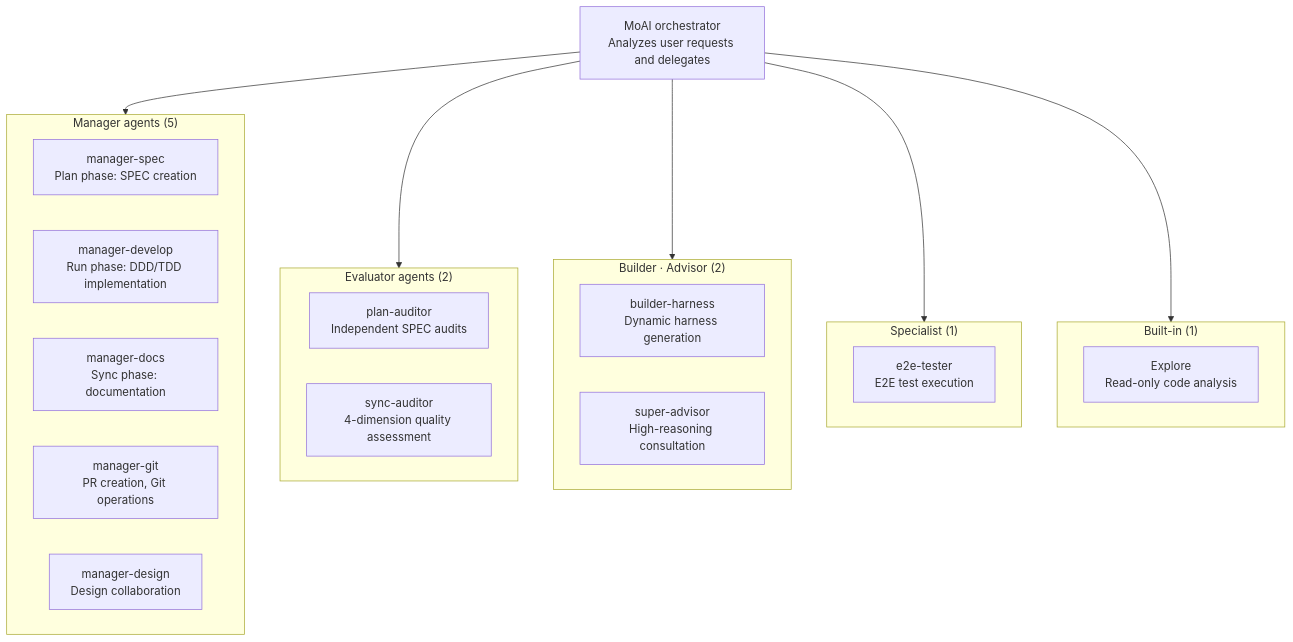
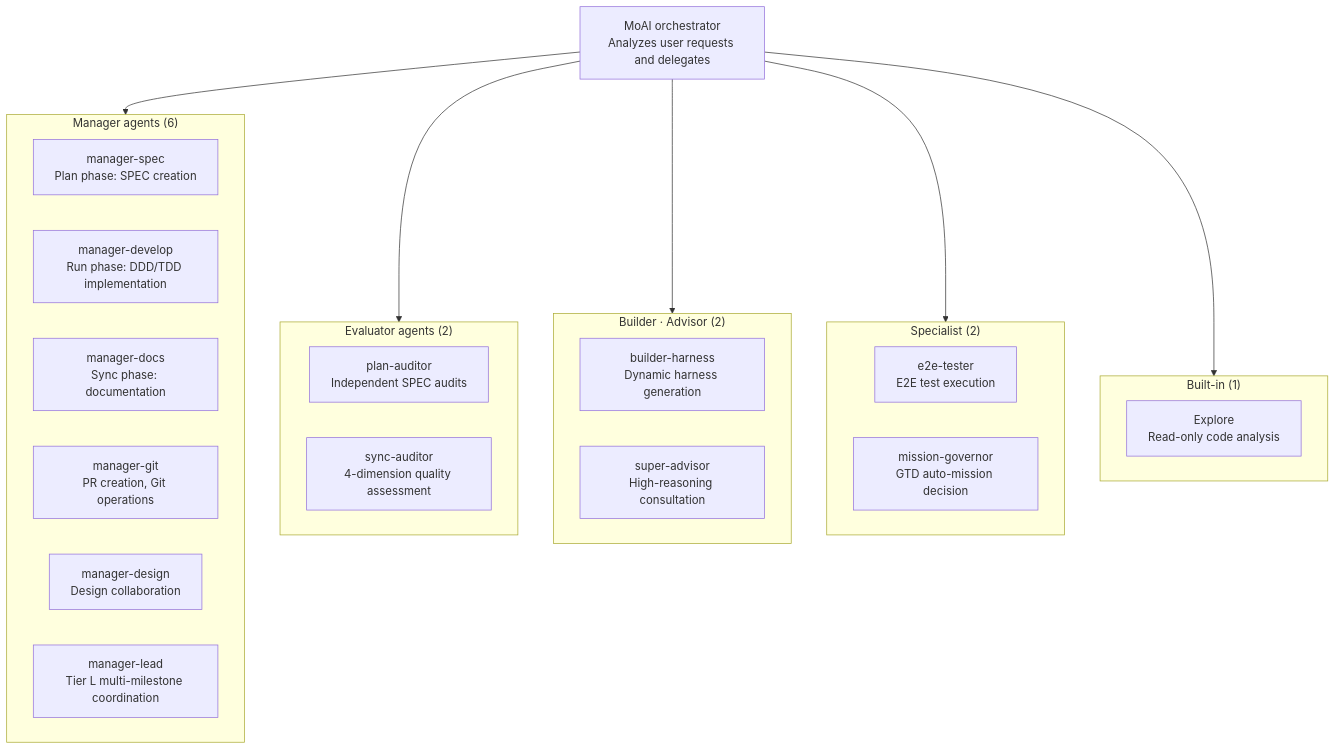
One commit to modu-ai/moai-adk changed the second of 4 diagrams in docs-site/content/en/core-concepts/what-is-moai-adk.md. Above: the diagram before and after it, drawn with Mermaid. The commit also changed other lines of this file and 75 other files, not shown here.

````diff
--- a/docs-site/content/en/core-concepts/what-is-moai-adk.md
+++ b/docs-site/content/en/core-concepts/what-is-moai-adk.md
@@ -263,36 +265,38 @@
 ```mermaid
 flowchart TD
     MoAI["MoAI orchestrator\nAnalyzes user requests and delegates"]
 
-    subgraph Managers["Manager agents (5)"]
+    subgraph Managers["Manager agents (6)"]
         M1["manager-spec\nPlan phase: SPEC creation"]
         M2["manager-develop\nRun phase: DDD/TDD implementation"]
         M3["manager-docs\nSync phase: documentation"]
         M4["manager-git\nPR creation, Git operations"]
         M5["manager-design\nDesign collaboration"]
+        M6["manager-lead\nTier L multi-milestone coordination"]
     end
 
     subgraph Evaluators["Evaluator agents (2)"]
         E1["plan-auditor\nIndependent SPEC audits"]
         E2["sync-auditor\n4-dimension quality assessment"]
     end
 
     subgraph BuilderAdvisor["Builder · Advisor (2)"]
         B1["builder-harness\nDynamic harness generation"]
         B2["super-advisor\nHigh-reasoning consultation"]
     end
 
-    subgraph Specialist["Specialist (1)"]
+    subgraph Specialist["Specialist (2)"]
         S1["e2e-tester\nE2E test execution"]
+        S2["mission-governor\nGTD auto-mission decision"]
     end
 
     subgraph Explore["Built-in (1)"]
         X1["Explore\nRead-only code analysis"]
     end
 
     MoAI --> Managers
     MoAI --> Evaluators
     MoAI --> BuilderAdvisor
     MoAI --> Specialist
     MoAI --> Explore
 ```
````
